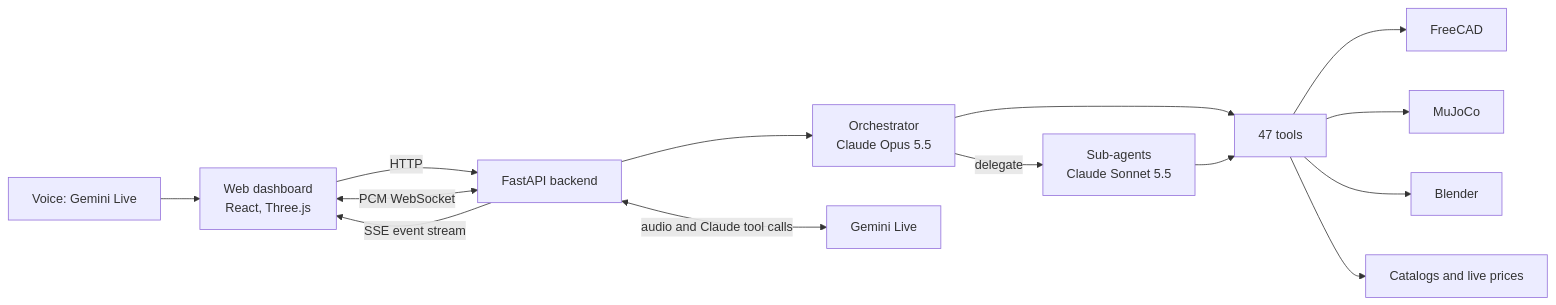
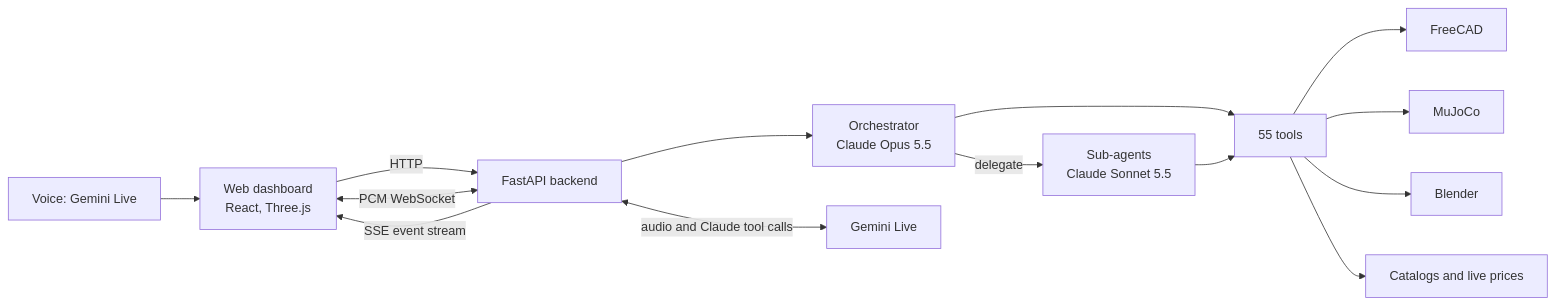
One commit to AnyBuildhackathon/bauplan changed the diagram in README.md. Above: the diagram before and after it, drawn with Mermaid. The commit also changed other lines of this file and 12 other files, not shown here.

````diff
--- a/README.md
+++ b/README.md
@@ -43,16 +43,16 @@
 ```mermaid
 flowchart LR
     V[Voice: Gemini Live] --> W
     W[Web dashboard<br/>React, Three.js] -->|HTTP| B[FastAPI backend]
     B -->|SSE event stream| W
     B --> O[Orchestrator<br/>Claude Opus 5.5]
     O -->|delegate| S[Sub-agents<br/>Claude Sonnet 5.5]
-    O --> T[47 tools]
+    O --> T[55 tools]
     S --> T
     T --> FC[FreeCAD]
     T --> MJ[MuJoCo]
     T --> BL[Blender]
     T --> PR[Catalogs and live prices]
     W <-->|PCM WebSocket| B
     B <-->|audio and Claude tool calls| G[Gemini Live]
 ```
````
